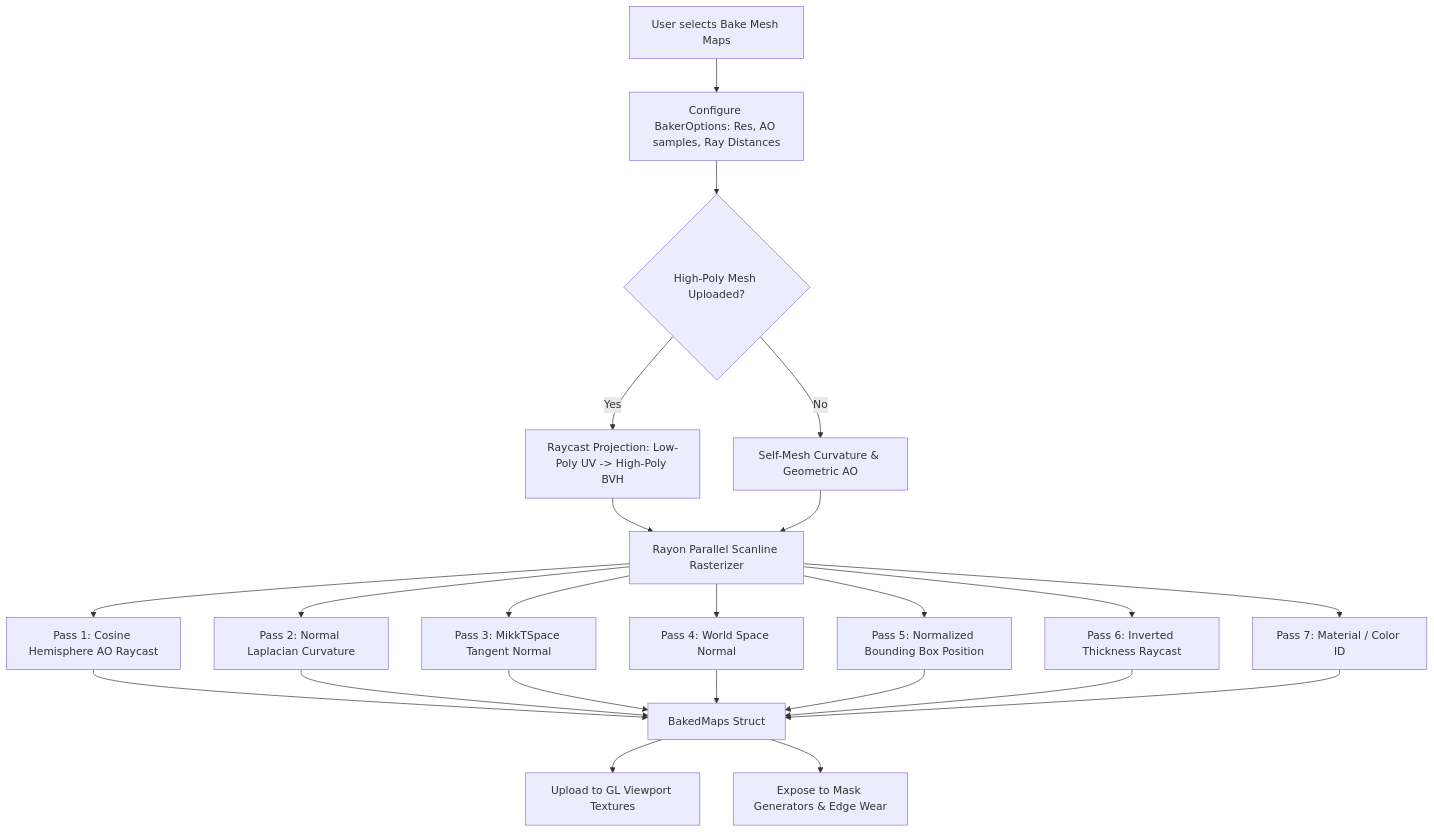
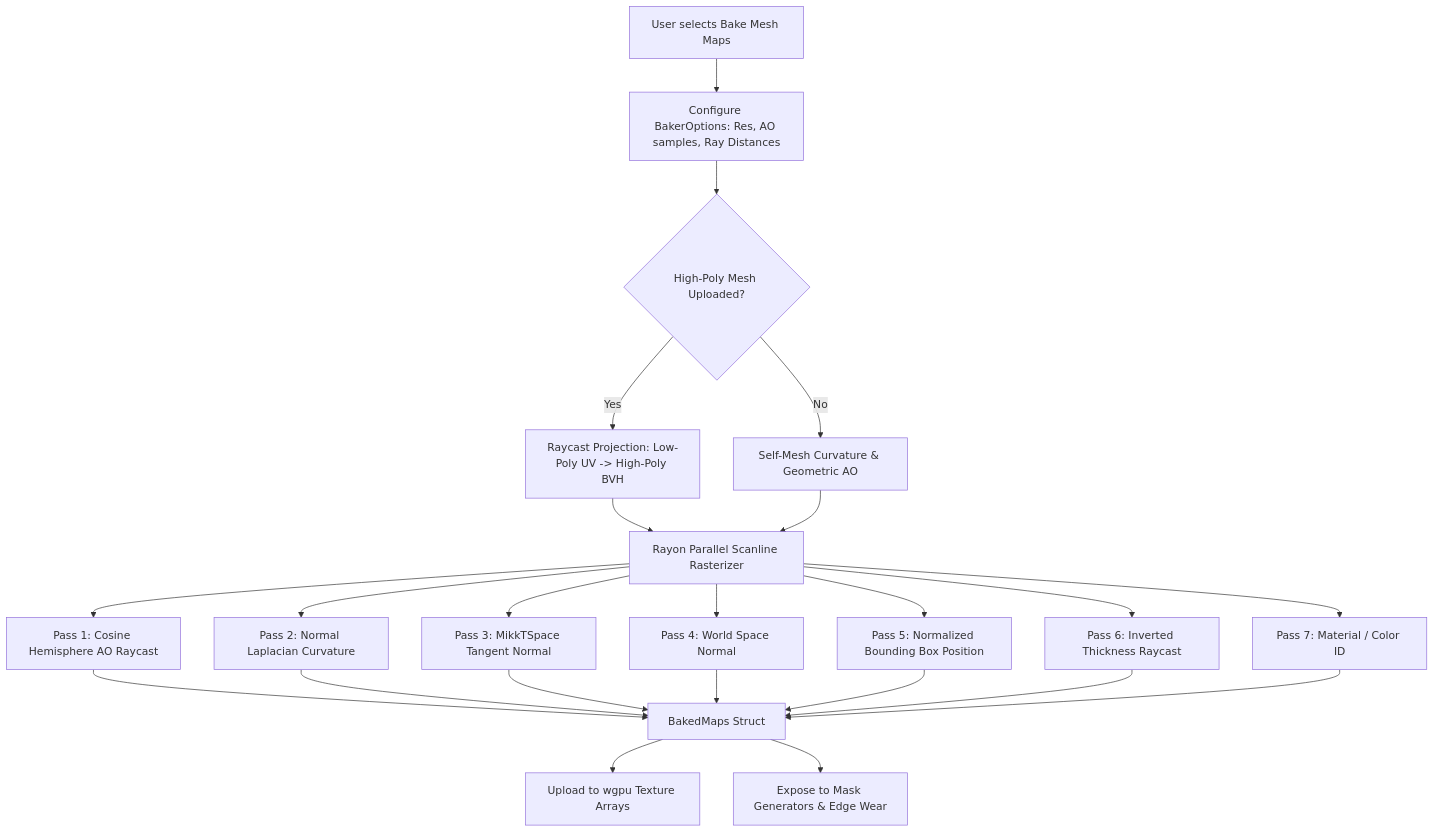
One commit to SAIRAMSSSS/REMoAINTER changed the third of 4 diagrams in docs/ARCHITECTURE.md. Above: the diagram before and after it, drawn with Mermaid. The commit also changed other lines of this file and 11 other files, not shown here.

````diff
--- a/docs/ARCHITECTURE.md
+++ b/docs/ARCHITECTURE.md
@@ -180,22 +180,22 @@
 ```mermaid
 flowchart TD
     Start[User selects Bake Mesh Maps] --> Opts[Configure BakerOptions: Res, AO samples, Ray Distances]
     Opts --> HPCheck{High-Poly Mesh Uploaded?}
     HPCheck -->|Yes| Raycast[Raycast Projection: Low-Poly UV -> High-Poly BVH]
     HPCheck -->|No| LowSelf[Self-Mesh Curvature & Geometric AO]
     
     Rayon[Rayon Parallel Scanline Rasterizer] --> PassAO[Pass 1: Cosine Hemisphere AO Raycast]
     Rayon --> PassCurv[Pass 2: Normal Laplacian Curvature]
     Rayon --> PassNorm[Pass 3: MikkTSpace Tangent Normal]
     Rayon --> PassWSN[Pass 4: World Space Normal]
     Rayon --> PassPos[Pass 5: Normalized Bounding Box Position]
     Rayon --> PassThick[Pass 6: Inverted Thickness Raycast]
     Rayon --> PassID[Pass 7: Material / Color ID]
     
     Raycast --> Rayon
     LowSelf --> Rayon
     
     PassAO & PassCurv & PassNorm & PassWSN & PassPos & PassThick & PassID --> BakedMaps[BakedMaps Struct]
-    BakedMaps --> PushViewport[Upload to GL Viewport Textures]
+    BakedMaps --> PushViewport[Upload to wgpu Texture Arrays]
     BakedMaps --> PushSmartMasks[Expose to Mask Generators & Edge Wear]
 ```
````
